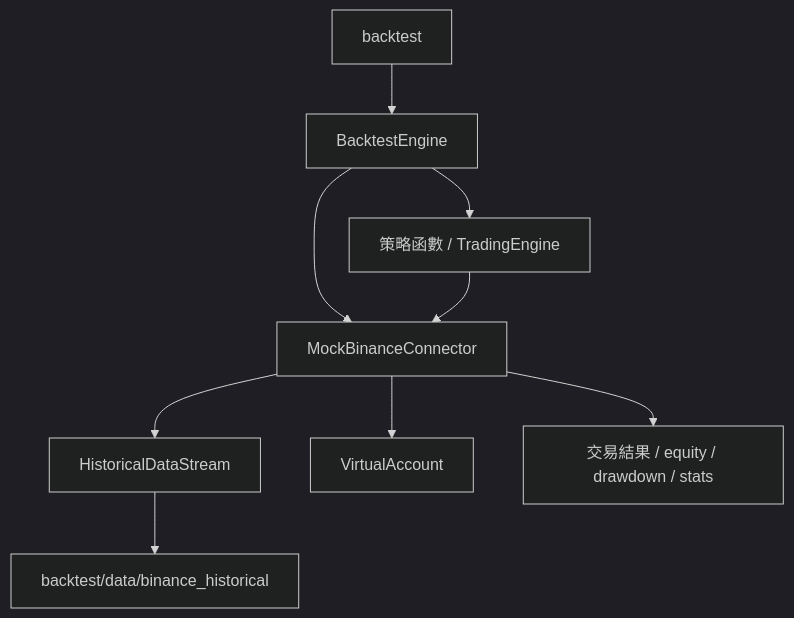
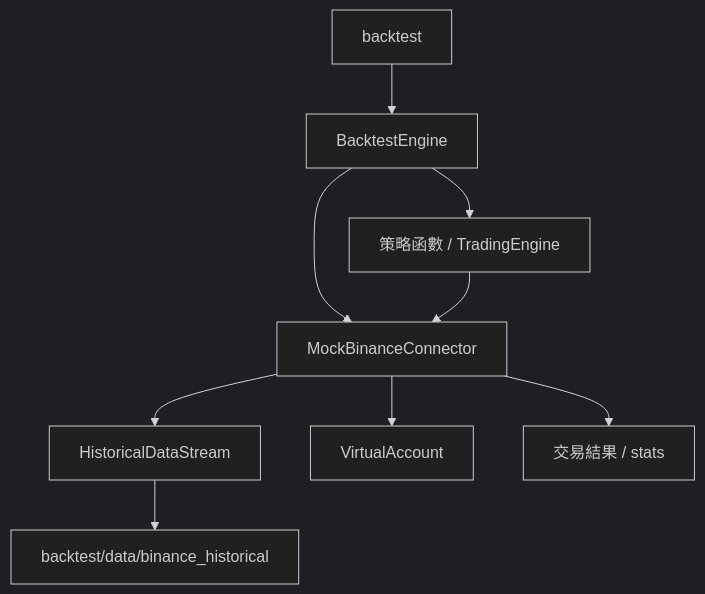
One commit to kyle0527/BioNeuronai changed the seventh of 8 diagrams in docs/PROJECT_HANDOVER_MAP.md. Above: the diagram before and after it, drawn with Mermaid (dark theme). The commit also changed other lines of this file and 338 other files, not shown here.

````diff
--- a/docs/PROJECT_HANDOVER_MAP.md
+++ b/docs/PROJECT_HANDOVER_MAP.md
@@ -290,11 +280,11 @@
 ```mermaid
 flowchart TD
     USER[backtest] --> BTE[BacktestEngine]
     BTE --> MOCK[MockBinanceConnector]
     MOCK --> STREAM[HistoricalDataStream]
     STREAM --> HIST[backtest/data/binance_historical]
     MOCK --> VA[VirtualAccount]
     BTE --> STRAT[策略函數 / TradingEngine]
     STRAT --> MOCK
-    MOCK --> RESULT[交易結果 / equity / drawdown / stats]
+    MOCK --> RESULT[交易結果 / stats]
 ```
````
